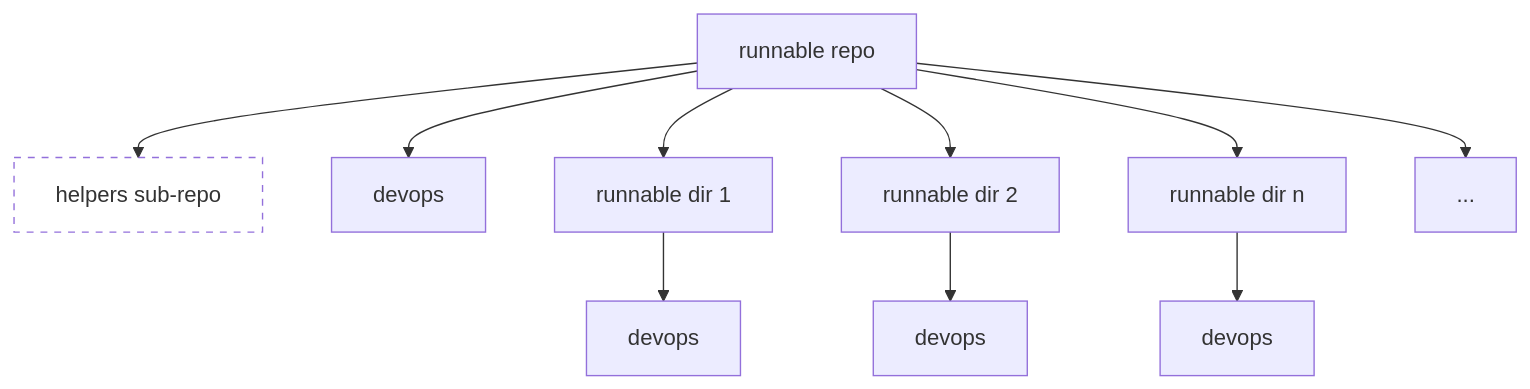
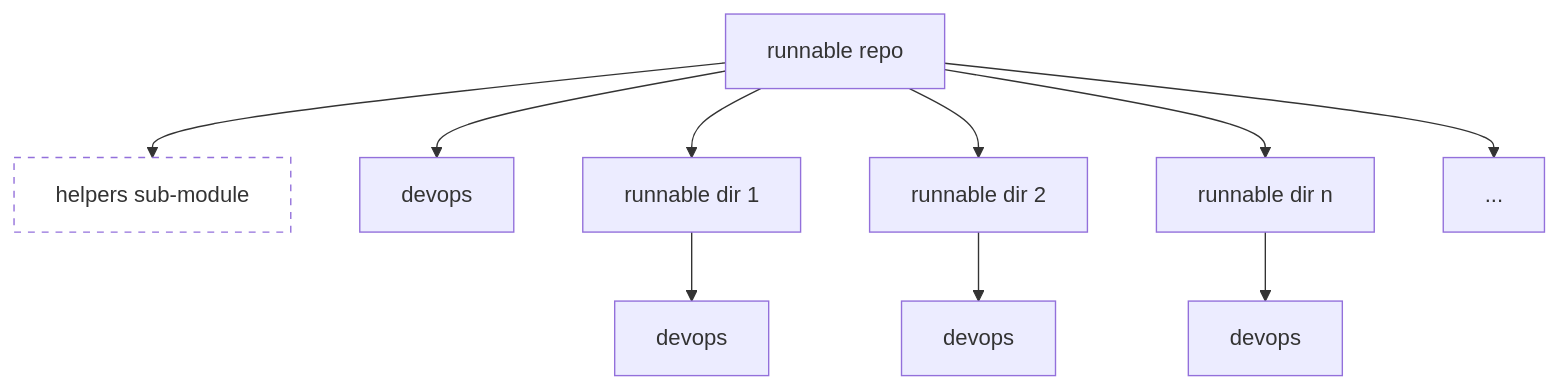
The third of 7 diagrams in docs/work_tools/dev_system/all.runnable_repo.reference.md (causify-ai/helpers), drawn with Mermaid before and after one commit. The commit also changed other lines of this file and 2 other files, not shown here.

````diff
--- a/docs/work_tools/dev_system/all.runnable_repo.reference.md
+++ b/docs/work_tools/dev_system/all.runnable_repo.reference.md
@@ -153,16 +169,16 @@
   ```mermaid
   graph TD
     runnable_repo[runnable repo]
-    runnable_repo --> helpers_sub_repo[helpers sub-repo]
+    runnable_repo --> helpers_sub_repo[helpers sub-module]
     runnable_repo --> devops[devops]
     runnable_repo --> runnable_dir_1[runnable dir 1]
     runnable_repo --> runnable_dir_2[runnable dir 2]
     runnable_repo --> runnable_dir_n[runnable dir n]
     runnable_repo --> others[...]
 
     runnable_dir_1 --> runnable_dir_1_devops[devops]
     runnable_dir_2 --> runnable_dir_2_devops[devops]
     runnable_dir_n --> runnable_dir_3_devops[devops]
 
     style helpers_sub_repo fill:transparent, stroke-dasharray: 5 5
   ```
````
